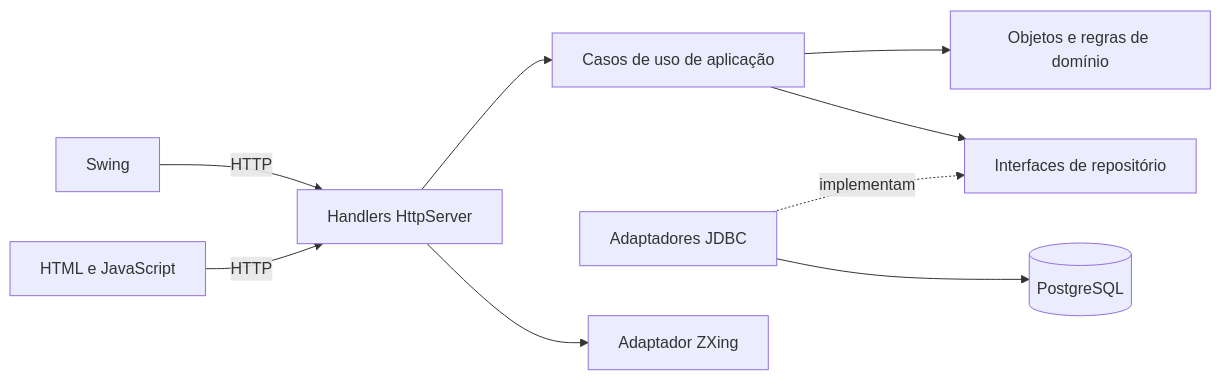
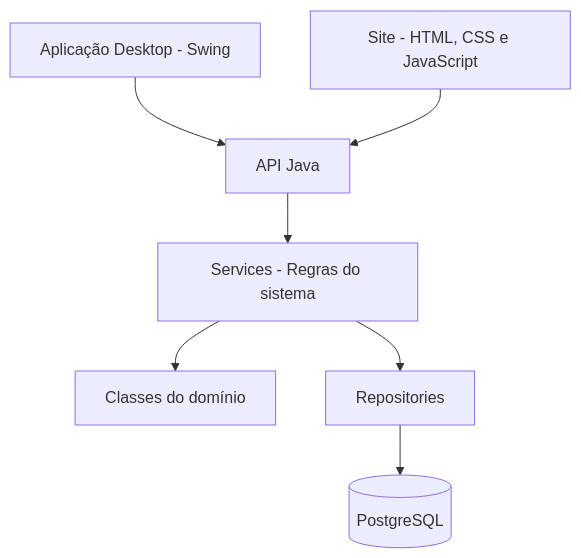
One commit to rezzzendev/POO-II changed the first of 2 diagrams in docs/arquitetura.md. Above: the diagram before and after it, drawn with Mermaid. The commit also changed other lines of this file, not shown here.

````diff
--- a/docs/arquitetura.md
+++ b/docs/arquitetura.md
@@ -23,11 +35,9 @@
 ```mermaid
-flowchart LR
-  Desktop[Swing] -->|HTTP| API[Handlers HttpServer]
-  Web[HTML e JavaScript] -->|HTTP| API
-  API --> Casos[Casos de uso de aplicação]
-  Casos --> Dominio[Objetos e regras de domínio]
-  Casos --> Portas[Interfaces de repositório]
-  JDBC[Adaptadores JDBC] -. implementam .-> Portas
-  JDBC --> PostgreSQL[(PostgreSQL)]
-  API --> QR[Adaptador ZXing]
+flowchart TD
+    Desktop[Aplicação Desktop - Swing] --> API[API Java]
+    Site[Site - HTML, CSS e JavaScript] --> API
+    API --> Service[Services - Regras do sistema]
+    Service --> Dominio[Classes do domínio]
+    Service --> Repository[Repositories]
+    Repository --> Banco[(PostgreSQL)]
 ```
````
